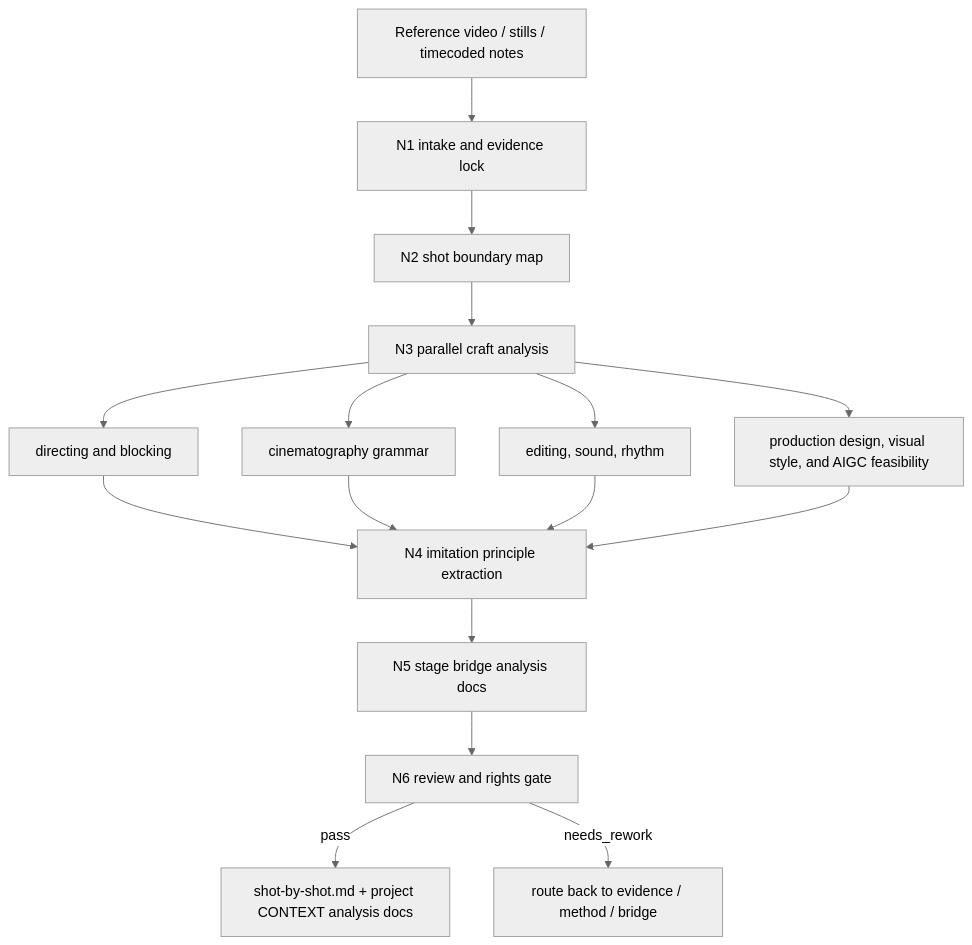
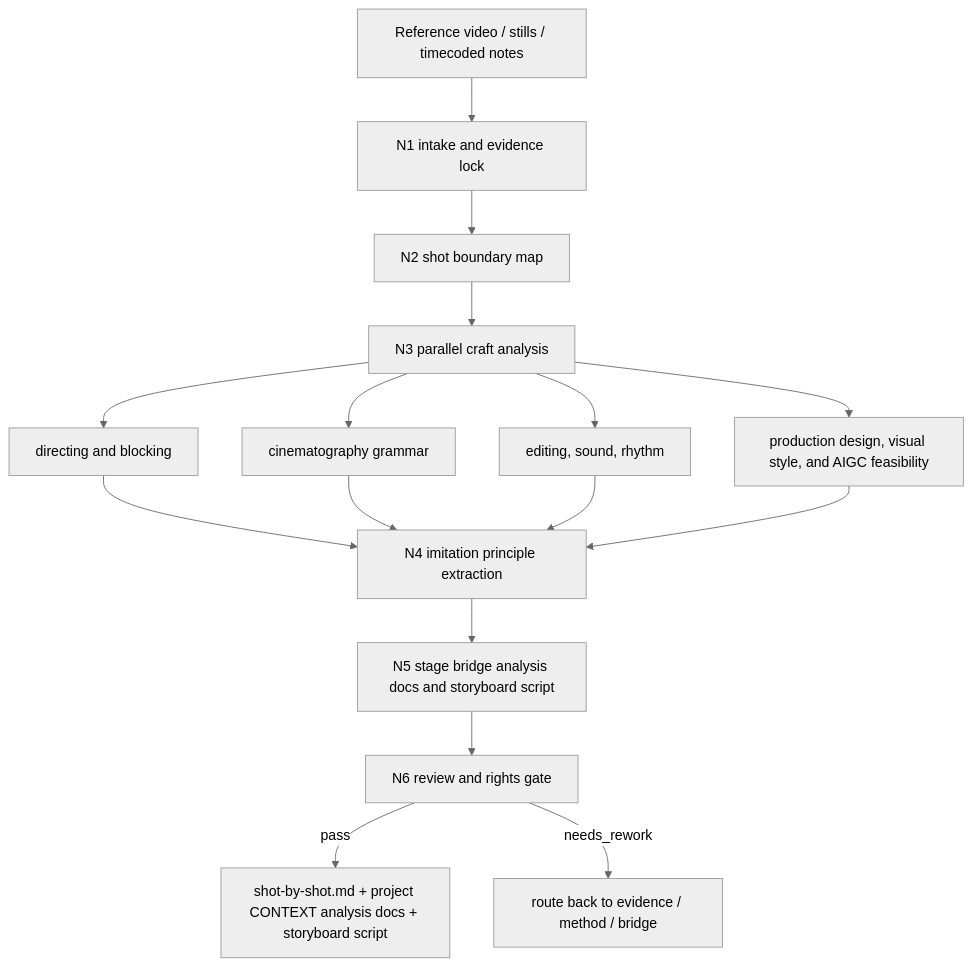
Before and after one commit to ZEN-VOID/AI-CUT: the first of 3 diagrams in .agents/skills/aigc/shot-by-shot/SKILL.md, drawn with Mermaid (neutral theme). The commit also changed other lines of this file and 85 other files, not shown here.

````diff
--- a/.agents/skills/aigc/shot-by-shot/SKILL.md
+++ b/.agents/skills/aigc/shot-by-shot/SKILL.md
@@ -88,18 +93,18 @@
 ```mermaid
 flowchart TD
     A["Reference video / stills / timecoded notes"] --> B["N1 intake and evidence lock"]
     B --> C["N2 shot boundary map"]
     C --> D["N3 parallel craft analysis"]
     D --> D1["directing and blocking"]
     D --> D2["cinematography grammar"]
     D --> D3["editing, sound, rhythm"]
     D --> D4["production design, visual style, and AIGC feasibility"]
     D1 --> E["N4 imitation principle extraction"]
     D2 --> E
     D3 --> E
     D4 --> E
-    E --> F["N5 stage bridge analysis docs"]
+    E --> F["N5 stage bridge analysis docs and storyboard script"]
     F --> G["N6 review and rights gate"]
-    G -->|"pass"| H["shot-by-shot.md + project CONTEXT analysis docs"]
+    G -->|"pass"| H["shot-by-shot.md + project CONTEXT analysis docs + storyboard script"]
     G -->|"needs_rework"| R["route back to evidence / method / bridge"]
 ```
````
